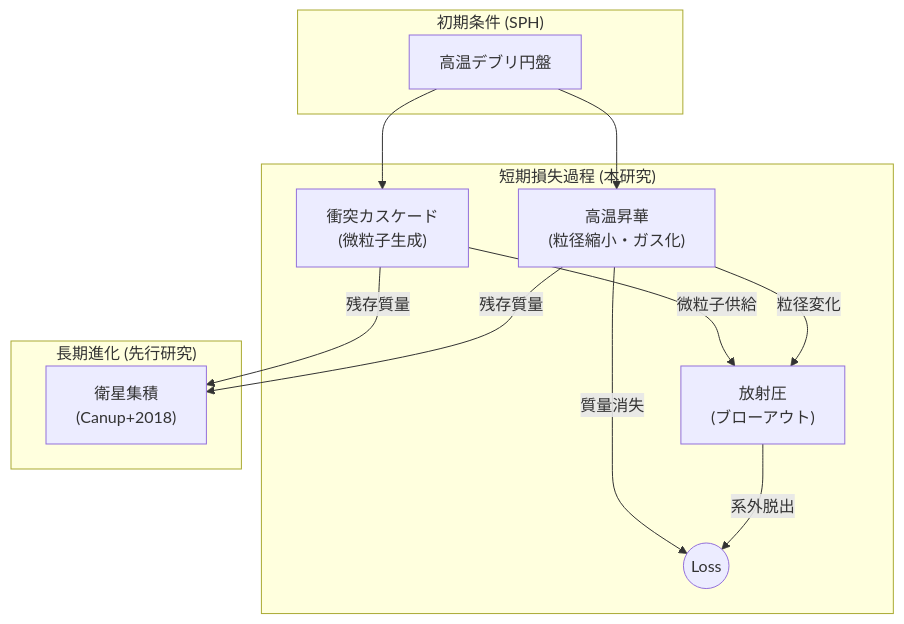
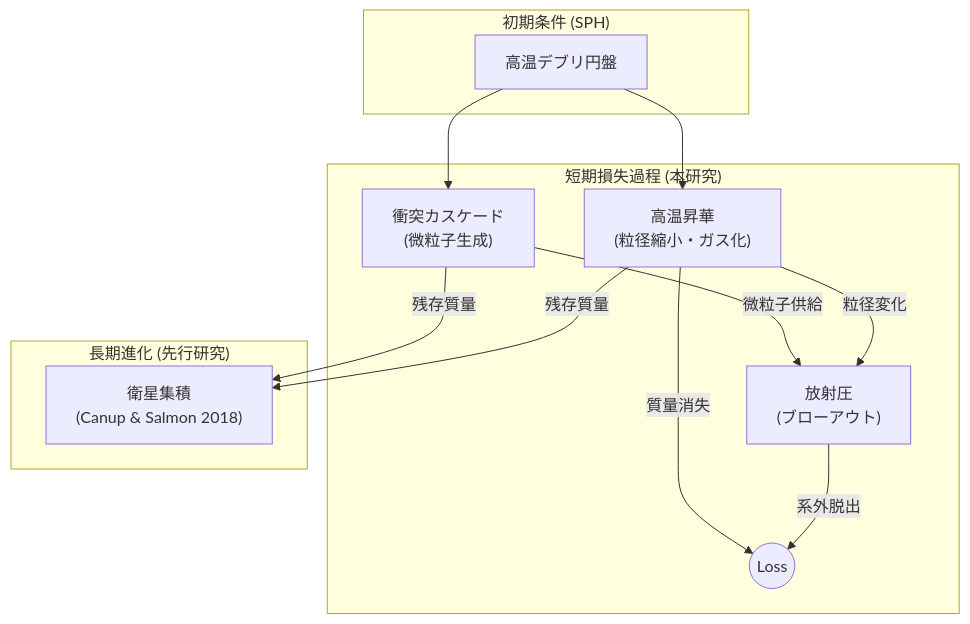
Before and after one commit to Einfeld686/MarsDiskSimulation: the second of 2 diagrams in analysis/introduction.md, drawn with Mermaid. The commit also changed other lines of this file, not shown here.

````diff
--- a/analysis/introduction.md
+++ b/analysis/introduction.md
@@ -176,27 +176,27 @@
 ```mermaid
 flowchart TD
     subgraph Origin["初期条件 (SPH)"]
         Debris["高温デブリ円盤"]
     end
 
     subgraph Loss["短期損失過程 (本研究)"]
         Collision["衝突カスケード<br/>(微粒子生成)"]
         Sublimation["高温昇華<br/>(粒径縮小・ガス化)"]
         Radiation["放射圧<br/>(ブローアウト)"]
         Sink((Loss))
 
         Collision -->|微粒子供給| Radiation
         Sublimation -->|粒径変化| Radiation
         Sublimation -->|質量消失| Sink
         Radiation -->|系外脱出| Sink
     end
 
     subgraph Formation["長期進化 (先行研究)"]
-        Accretion["衛星集積<br/>(Canup+2018)"]
+        Accretion["衛星集積<br/>(Canup & Salmon 2018)"]
     end
 
     Debris --> Collision
     Debris --> Sublimation
     Collision -->|残存質量| Accretion
     Sublimation -->|残存質量| Accretion
 ```
````
